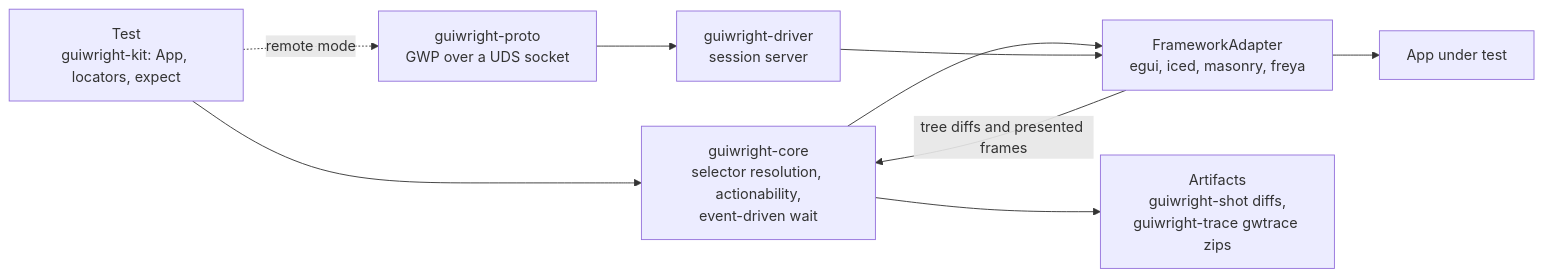
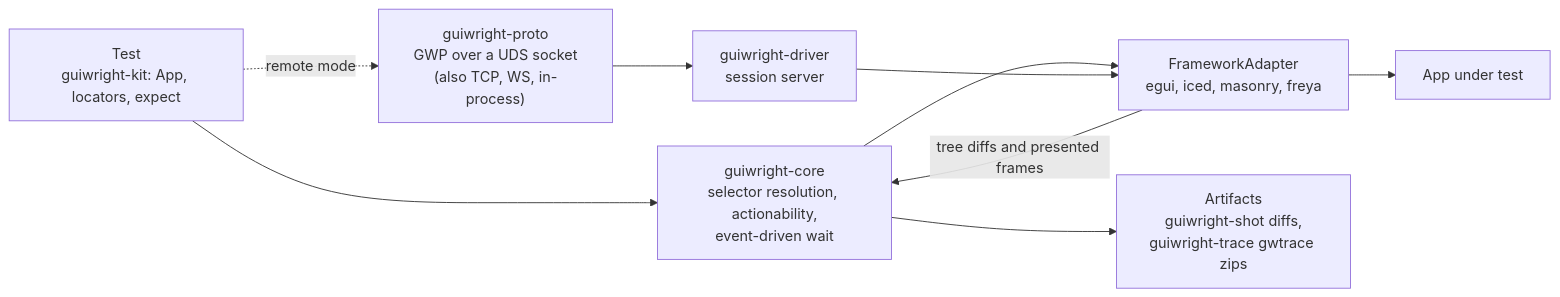
One commit to elcoosp/guiwright changed the diagram in README.md. Above: the diagram before and after it, drawn with Mermaid. The commit also changed other lines of this file, not shown here.

````diff
--- a/README.md
+++ b/README.md
@@ -91,11 +91,11 @@
 ```mermaid
 flowchart LR
     T["Test<br/>guiwright-kit: App, locators, expect"] --> C["guiwright-core<br/>selector resolution, actionability,<br/>event-driven wait"]
     C --> A["FrameworkAdapter<br/>egui, iced, masonry, freya"]
     A --> U["App under test"]
     A -- "tree diffs and presented frames" --> C
     C --> O["Artifacts<br/>guiwright-shot diffs,<br/>guiwright-trace gwtrace zips"]
-    T -. "remote mode" .-> P["guiwright-proto<br/>GWP over a UDS socket"]
+    T -. "remote mode" .-> P["guiwright-proto<br/>GWP over a UDS socket<br/>(also TCP, WS, in-process)"]
     P --> D["guiwright-driver<br/>session server"]
     D --> A
 ```
````
